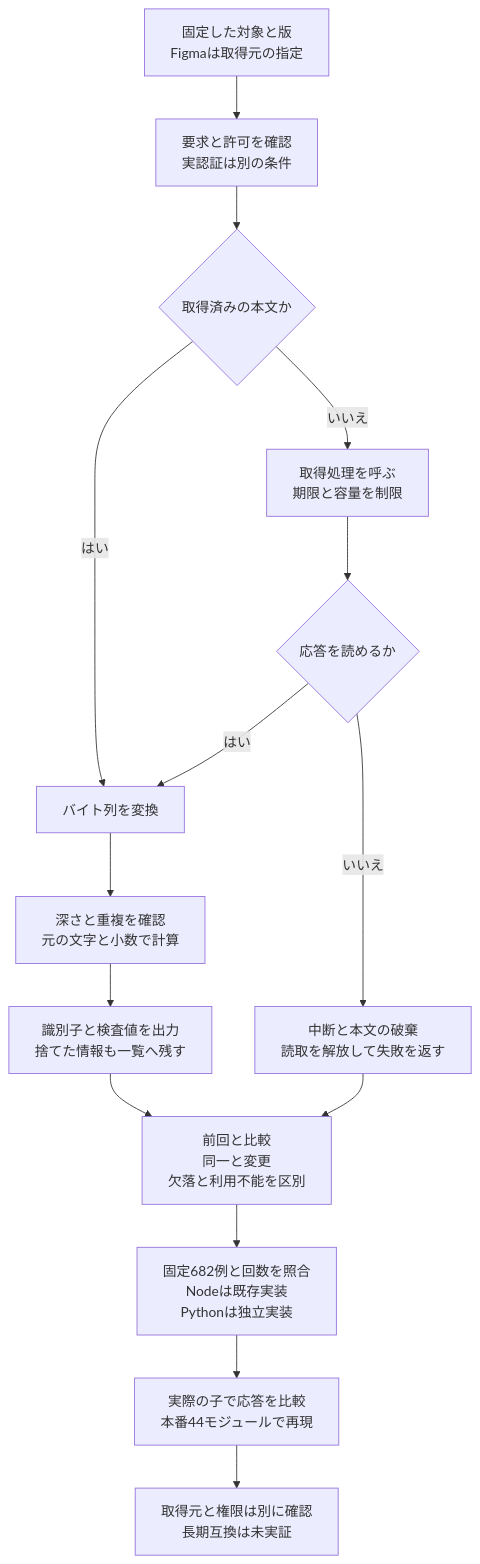
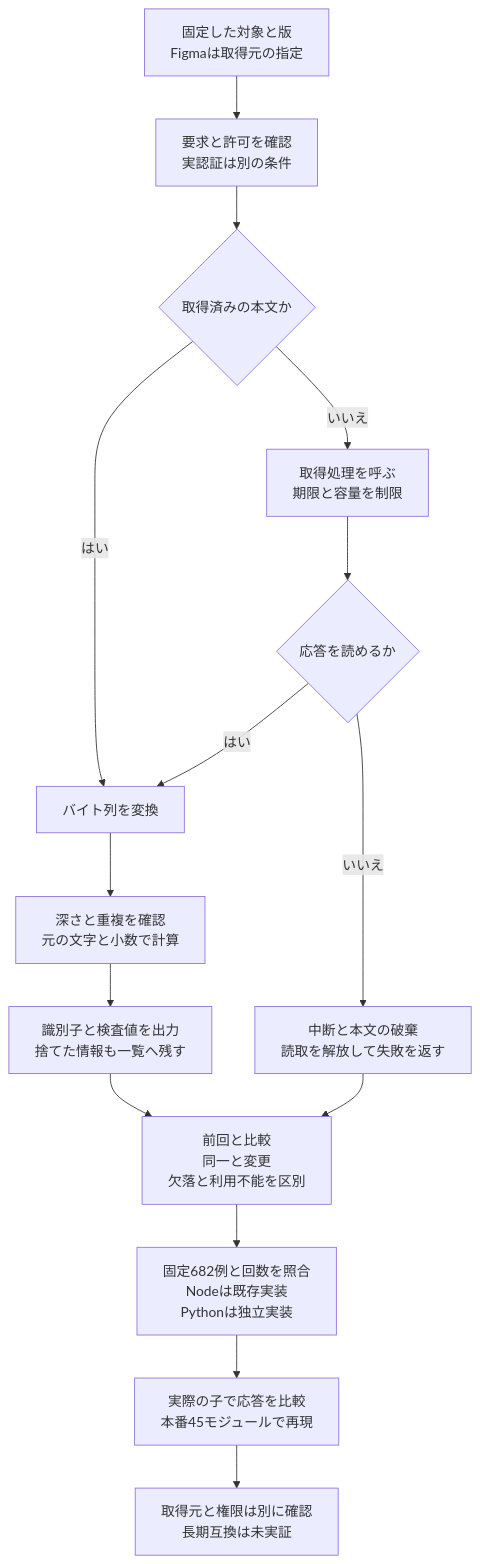
One commit to koukemo/morivyx changed the diagram in docs/diagrams/python-figma-import.mmd. Above: the diagram before and after it, drawn with Mermaid. The commit also changed 40 other files, not shown here.

```diff
--- a/docs/diagrams/python-figma-import.mmd
+++ b/docs/diagrams/python-figma-import.mmd
@@ -1,15 +1,15 @@
 flowchart TD
   A[固定した対象と版<br/>Figmaは取得元の指定] --> B[要求と許可を確認<br/>実認証は別の条件]
   B --> C{取得済みの本文か}
   C -->|はい| D[バイト列を変換]
   C -->|いいえ| E[取得処理を呼ぶ<br/>期限と容量を制限]
   E --> F{応答を読めるか}
   F -->|いいえ| G[中断と本文の破棄<br/>読取を解放して失敗を返す]
   F -->|はい| D
   D --> H[深さと重複を確認<br/>元の文字と小数で計算]
   H --> I[識別子と検査値を出力<br/>捨てた情報も一覧へ残す]
   I --> J[前回と比較<br/>同一と変更<br/>欠落と利用不能を区別]
   G --> J
   J --> K[固定682例と回数を照合<br/>Nodeは既存実装<br/>Pythonは独立実装]
-  K --> L[実際の子で応答を比較<br/>本番44モジュールで再現]
+  K --> L[実際の子で応答を比較<br/>本番45モジュールで再現]
   L --> M[取得元と権限は別に確認<br/>長期互換は未実証]
```
